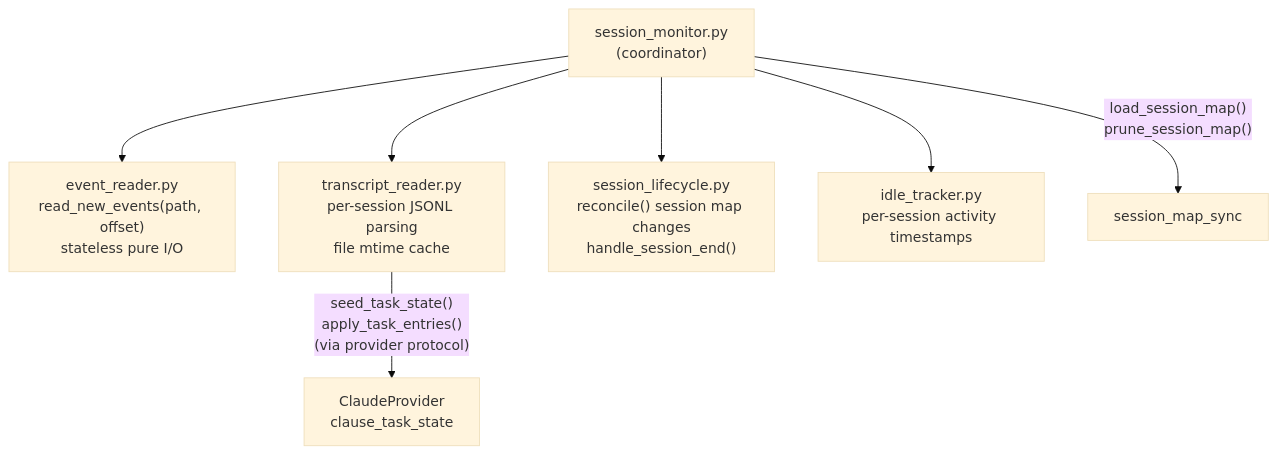
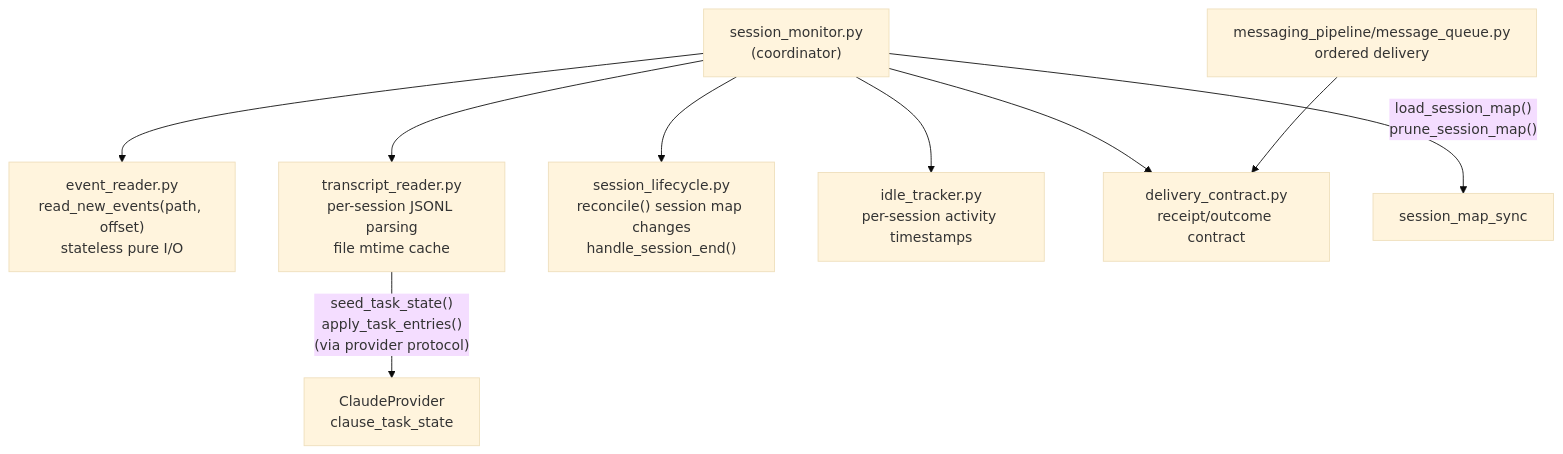
The eighth of 8 diagrams in docs/architecture.md (alexei-led/ccgram), drawn with Mermaid (base theme) before and after one commit. The commit also changed other lines of this file and 23 other files, not shown here.

````diff
--- a/docs/architecture.md
+++ b/docs/architecture.md
@@ -284,13 +284,15 @@
 ```mermaid
 graph TB
     SM2["session_monitor.py<br>(coordinator)"]
 
     SM2 --> ER["event_reader.py<br>read_new_events(path, offset)<br>stateless pure I/O"]
     SM2 --> TR2["transcript_reader.py<br>per-session JSONL parsing<br>file mtime cache"]
     SM2 --> SL["session_lifecycle.py<br>reconcile() session map changes<br>handle_session_end()"]
     SM2 --> IT["idle_tracker.py<br>per-session activity timestamps"]
+    SM2 --> DC["delivery_contract.py<br>receipt/outcome contract"]
+    MQ["messaging_pipeline/message_queue.py<br>ordered delivery"] --> DC
 
     TR2 -- "seed_task_state()<br>apply_task_entries()<br>(via provider protocol)" --> Claude2["ClaudeProvider<br>clause_task_state"]
 
     SM2 -- "load_session_map()<br>prune_session_map()" --> SMS2["session_map_sync"]
 ```
````
